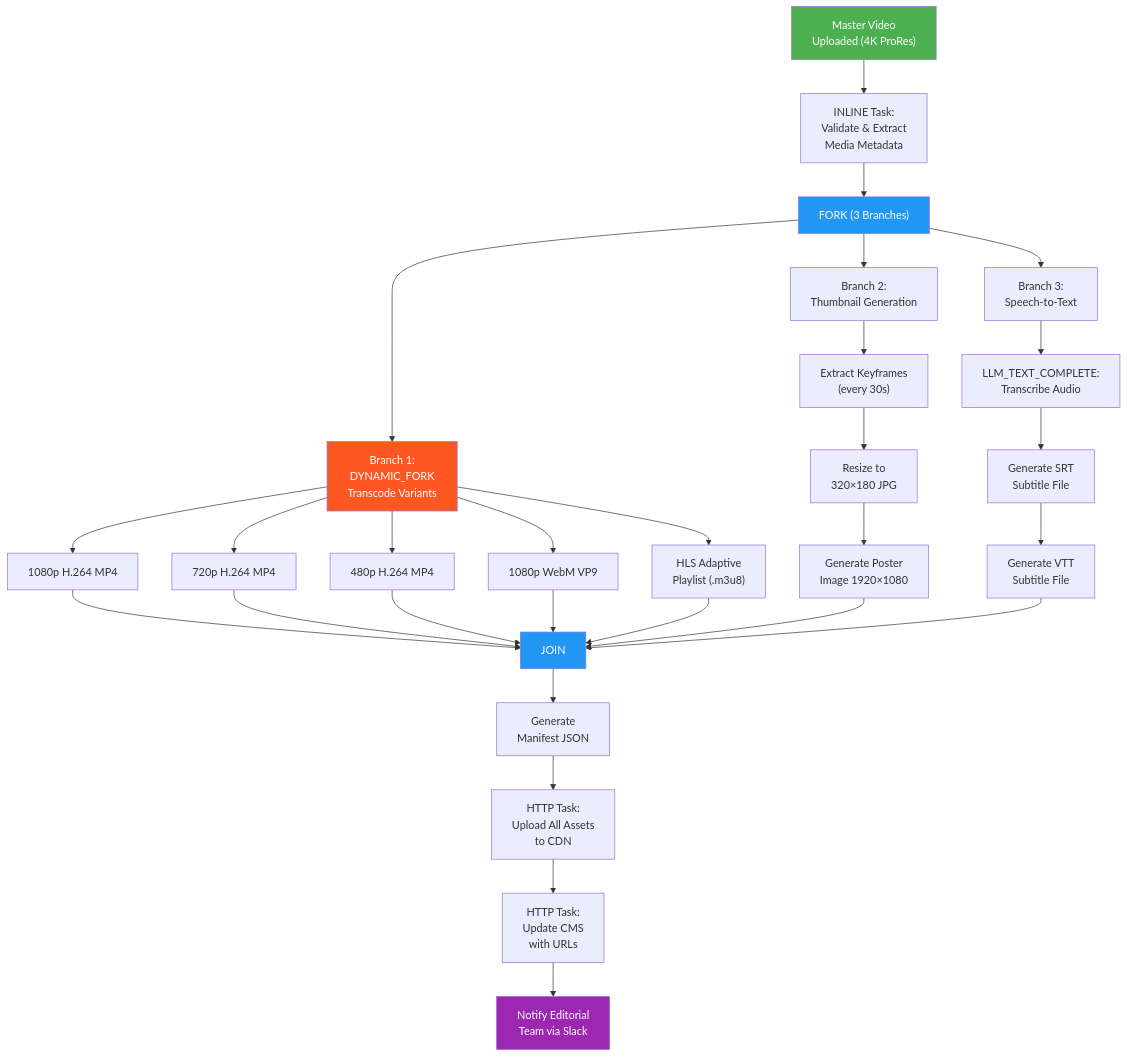
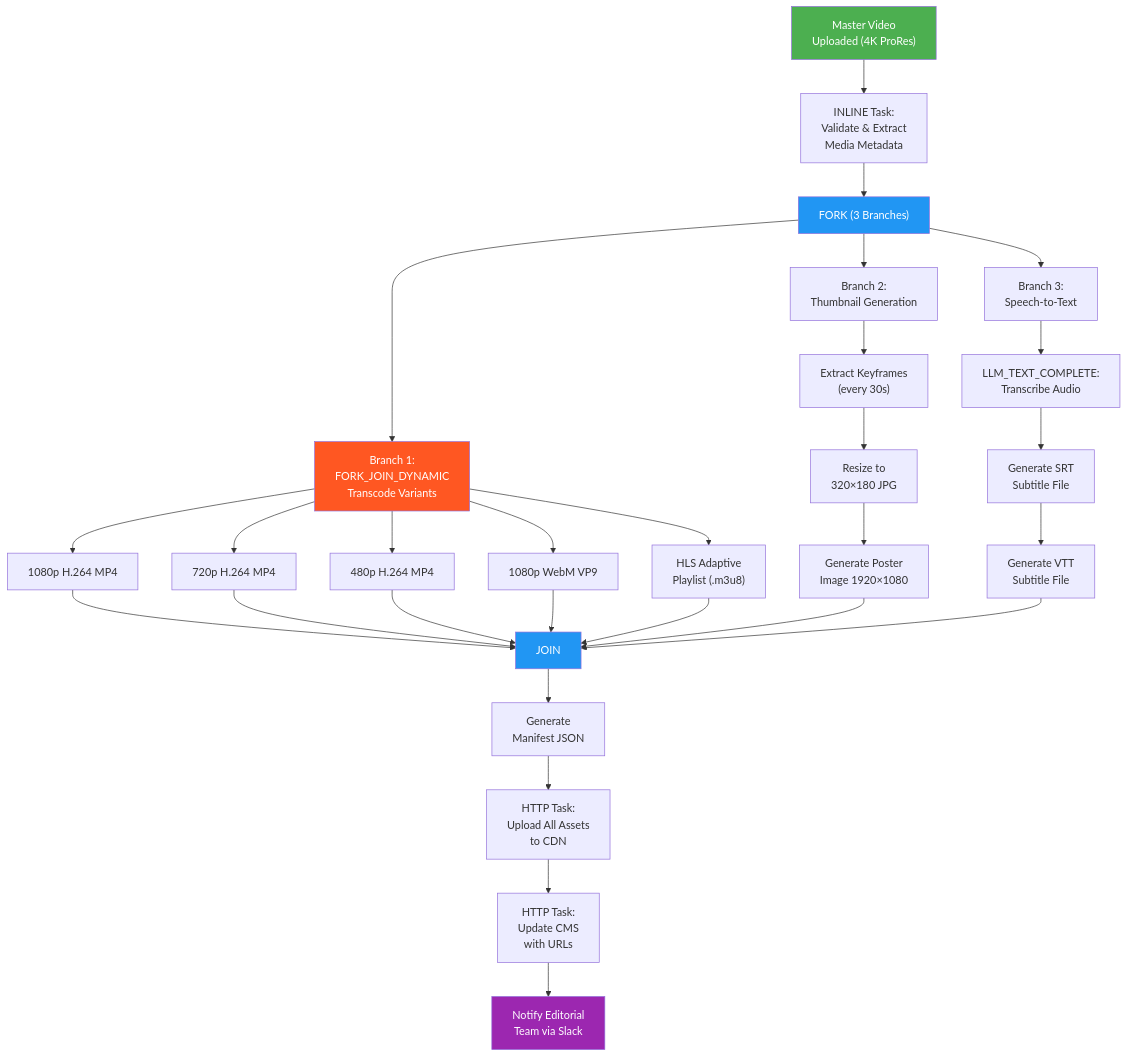
One commit to conductor-oss/conductor changed the third of 5 diagrams in docs/devguide/cookbook/files-api-usecase.md. Above: the diagram before and after it, drawn with Mermaid. The commit also changed other lines of this file and 194 other files, not shown here.

````diff
--- a/docs/devguide/cookbook/files-api-usecase.md
+++ b/docs/devguide/cookbook/files-api-usecase.md
@@ -118,41 +118,41 @@
 ```mermaid
 flowchart TD
     A["Master Video<br/>Uploaded (4K ProRes)"] --> B["INLINE Task:<br/>Validate & Extract<br/>Media Metadata"]
     B --> C["FORK (3 Branches)"]
     
-    C --> D["Branch 1:<br/>DYNAMIC_FORK<br/>Transcode Variants"]
+    C --> D["Branch 1:<br/>FORK_JOIN_DYNAMIC<br/>Transcode Variants"]
     D --> D1["1080p H.264 MP4"]
     D --> D2["720p H.264 MP4"]
     D --> D3["480p H.264 MP4"]
     D --> D4["1080p WebM VP9"]
     D --> D5["HLS Adaptive<br/>Playlist (.m3u8)"]
     
     C --> E["Branch 2:<br/>Thumbnail Generation"]
     E --> E1["Extract Keyframes<br/>(every 30s)"]
     E1 --> E2["Resize to<br/>320×180 JPG"]
     E2 --> E3["Generate Poster<br/>Image 1920×1080"]
     
     C --> F["Branch 3:<br/>Speech-to-Text"]
     F --> F1["LLM_TEXT_COMPLETE:<br/>Transcribe Audio"]
     F1 --> F2["Generate SRT<br/>Subtitle File"]
     F2 --> F3["Generate VTT<br/>Subtitle File"]
 
     D1 --> G["JOIN"]
     D2 --> G
     D3 --> G
     D4 --> G
     D5 --> G
     E3 --> G
     F3 --> G
     
     G --> H["Generate<br/>Manifest JSON"]
     H --> I["HTTP Task:<br/>Upload All Assets<br/>to CDN"]
     I --> J["HTTP Task:<br/>Update CMS<br/>with URLs"]
     J --> K["Notify Editorial<br/>Team via Slack"]
 
     style A fill:#4CAF50,color:#fff
     style C fill:#2196F3,color:#fff
     style D fill:#FF5722,color:#fff
     style G fill:#2196F3,color:#fff
     style K fill:#9C27B0,color:#fff
 ```
````
